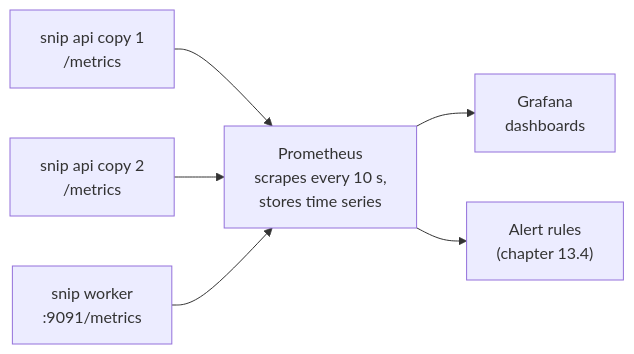
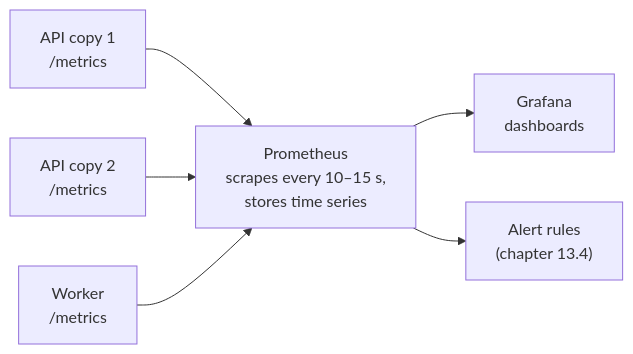
Before and after one commit to jawwadzafar/zero-to-prod: the second of 2 diagrams in docs/observability/metrics.mdx, drawn with Mermaid. The commit also changed other lines of this file, not shown here.

First line of the commit message:
docs: 13.2 Metrics teaches Prometheus on Prometheus itself before snip

````diff
--- a/docs/observability/metrics.mdx
+++ b/docs/observability/metrics.mdx
@@ -64,8 +76,8 @@
 ```mermaid
 flowchart LR
-  A1["snip api copy 1<br/>/metrics"] --> P["Prometheus<br/>scrapes every 10 s,<br/>stores time series"]
-  A2["snip api copy 2<br/>/metrics"] --> P
-  W["snip worker<br/>:9091/metrics"] --> P
+  A1["API copy 1<br/>/metrics"] --> P["Prometheus<br/>scrapes every 10–15 s,<br/>stores time series"]
+  A2["API copy 2<br/>/metrics"] --> P
+  W["Worker<br/>/metrics"] --> P
   P --> G["Grafana<br/>dashboards"]
   P --> R["Alert rules<br/>(chapter 13.4)"]
 ```
````
